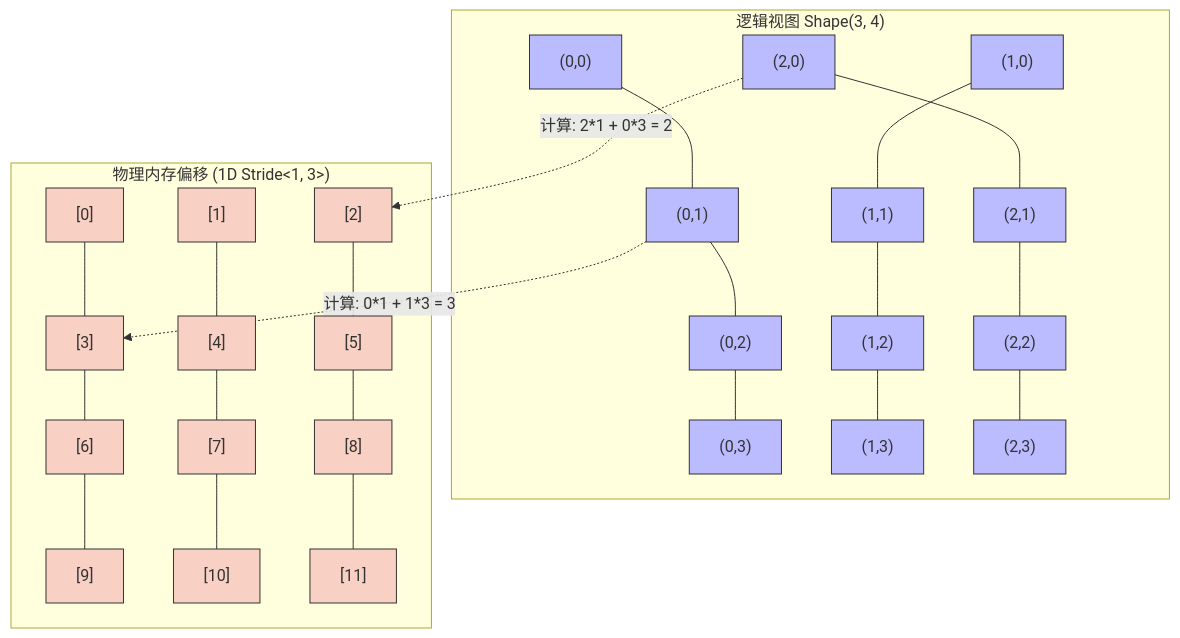
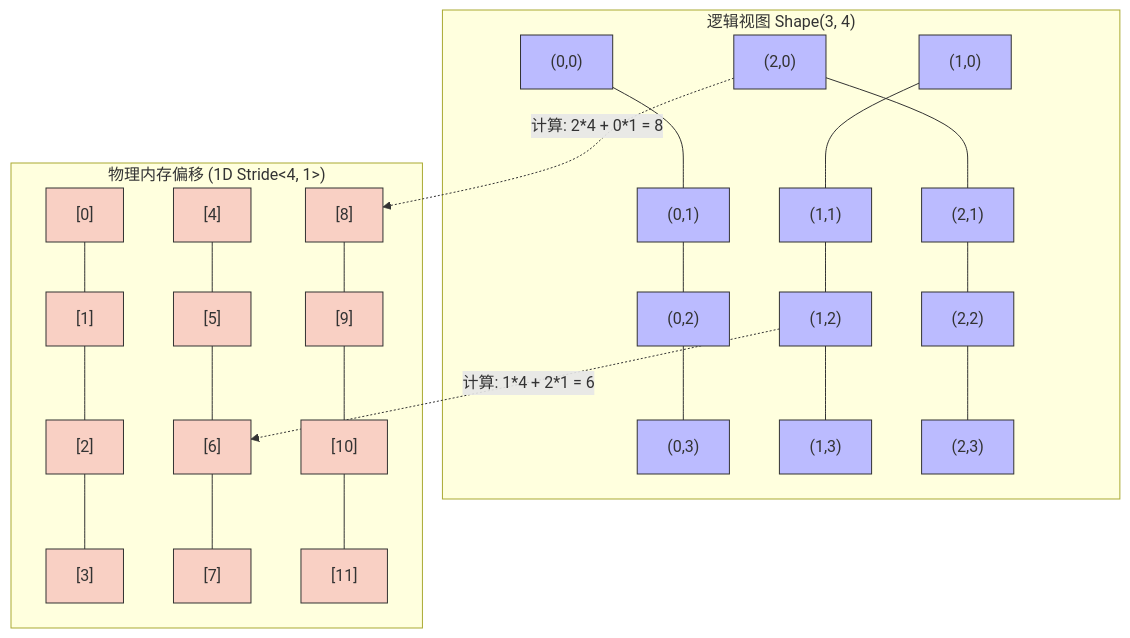
One commit to psmarter/CUDA-Practice changed the diagram in 14_CUTLASS/README.md. Above: the diagram before and after it, drawn with Mermaid. The commit also changed other lines of this file and 20 other files, not shown here.

````diff
--- a/14_CUTLASS/README.md
+++ b/14_CUTLASS/README.md
@@ -51,20 +51,20 @@
 ```mermaid
 graph TD
     classDef mem fill:#f9d0c4,stroke:#333;
     classDef logic fill:#bbf,stroke:#333;
 
     subgraph "逻辑视图 Shape(3, 4)"
         L0["(0,0)"]:::logic --- L1["(0,1)"]:::logic --- L2["(0,2)"]:::logic --- L3["(0,3)"]:::logic
         L4["(1,0)"]:::logic --- L5["(1,1)"]:::logic --- L6["(1,2)"]:::logic --- L7["(1,3)"]:::logic
         L8["(2,0)"]:::logic --- L9["(2,1)"]:::logic --- LA["(2,2)"]:::logic --- LB["(2,3)"]:::logic
     end
 
-    subgraph "物理内存偏移 (1D Stride<1, 3>)"
-        M0["[0]"]:::mem --- M3["[3]"]:::mem --- M6["[6]"]:::mem --- M9["[9]"]:::mem
-        M1["[1]"]:::mem --- M4["[4]"]:::mem --- M7["[7]"]:::mem --- MA["[10]"]:::mem
-        M2["[2]"]:::mem --- M5["[5]"]:::mem --- M8["[8]"]:::mem --- MB["[11]"]:::mem
+    subgraph "物理内存偏移 (1D Stride<4, 1>)"
+        M0["[0]"]:::mem --- M1["[1]"]:::mem --- M2["[2]"]:::mem --- M3["[3]"]:::mem
+        M4["[4]"]:::mem --- M5["[5]"]:::mem --- M6["[6]"]:::mem --- M7["[7]"]:::mem
+        M8["[8]"]:::mem --- M9["[9]"]:::mem --- MA["[10]"]:::mem --- MB["[11]"]:::mem
     end
     
-    L1 -.-> |"计算: 0*1 + 1*3 = 3"| M3
-    L8 -.-> |"计算: 2*1 + 0*3 = 2"| M2
+    L6 -.-> |"计算: 1*4 + 2*1 = 6"| M6
+    L8 -.-> |"计算: 2*4 + 0*1 = 8"| M8
 ```
````
